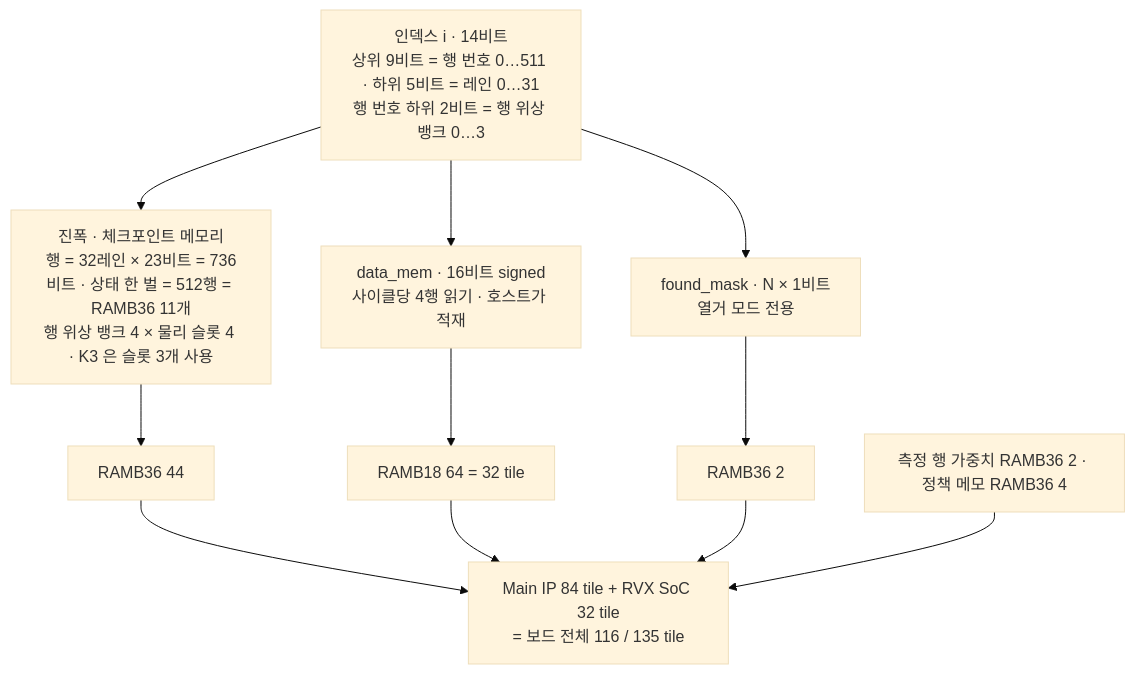
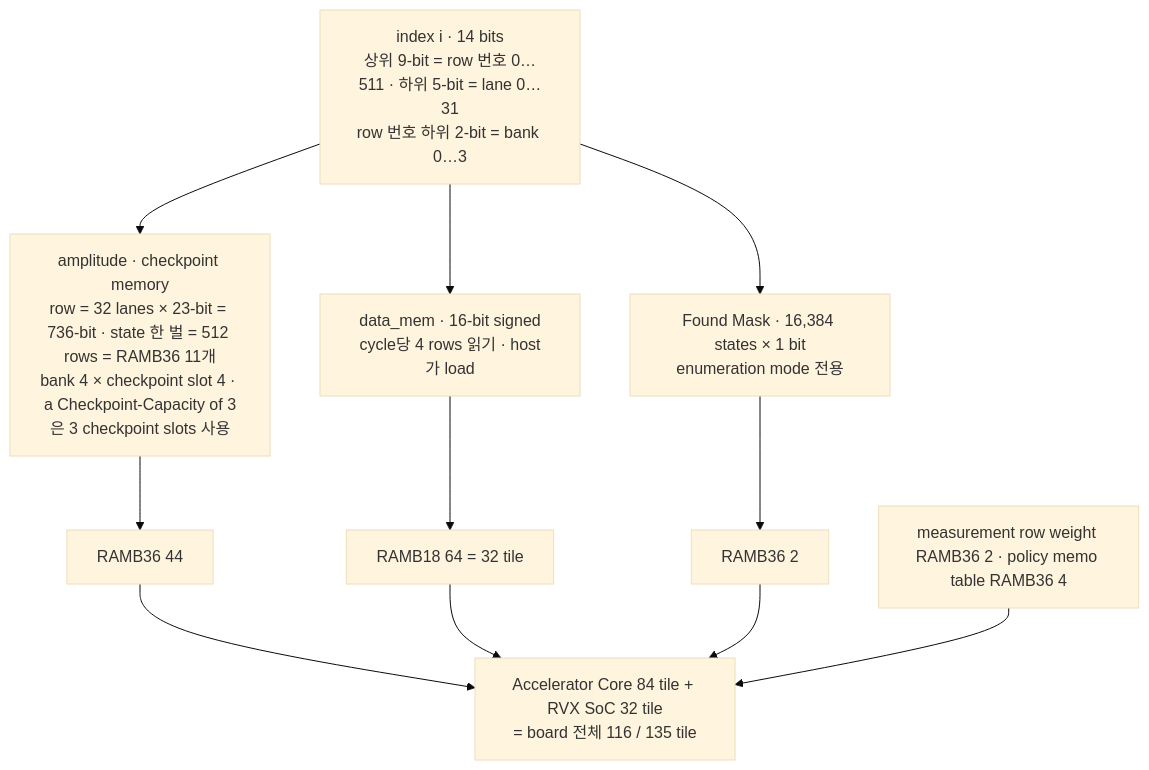
Before and after one commit to Git-Junsang/Quantum-Grover: the diagram in documents/study_references/diagrams/src/11_memory_map.mmd, drawn with Mermaid (base theme). The commit also changed 3854 other files, not shown here.

First line of the commit message:
진행 상태 저장: policy 최적화와 parameterized Main IP 연결

```diff
--- a/documents/study_references/diagrams/src/11_memory_map.mmd
+++ b/documents/study_references/diagrams/src/11_memory_map.mmd
@@ -1,16 +1,16 @@
 flowchart TD
-    IDX["인덱스 i · 14비트<br/>상위 9비트 = 행 번호 0…511 · 하위 5비트 = 레인 0…31<br/>행 번호 하위 2비트 = 행 위상 뱅크 0…3"]
-    AMP["진폭 · 체크포인트 메모리<br/>행 = 32레인 × 23비트 = 736비트 · 상태 한 벌 = 512행 = RAMB36 11개<br/>행 위상 뱅크 4 × 물리 슬롯 4 · K3 은 슬롯 3개 사용"]
-    DAT["data_mem · 16비트 signed<br/>사이클당 4행 읽기 · 호스트가 적재"]
-    MSK["found_mask · N × 1비트<br/>열거 모드 전용"]
+    IDX["index i · 14 bits<br/>상위 9-bit = row 번호 0…511 · 하위 5-bit = lane 0…31<br/>row 번호 하위 2-bit = bank 0…3"]
+    AMP["amplitude · checkpoint memory<br/>row = 32 lanes × 23-bit = 736-bit · state 한 벌 = 512 rows = RAMB36 11개<br/>bank 4 × checkpoint slot 4 · a Checkpoint-Capacity of 3은 3 checkpoint slots 사용"]
+    DAT["data_mem · 16-bit signed<br/>cycle당 4 rows 읽기 · host가 load"]
+    MSK["Found Mask · 16,384 states × 1 bit<br/>enumeration mode 전용"]
     IDX --> AMP
     IDX --> DAT
     IDX --> MSK
     AMP --> A2["RAMB36 44"]
     DAT --> D2["RAMB18 64 = 32 tile"]
     MSK --> M2["RAMB36 2"]
-    ETC["측정 행 가중치 RAMB36 2 · 정책 메모 RAMB36 4"]
-    A2 --> TOT["Main IP 84 tile + RVX SoC 32 tile<br/>= 보드 전체 116 / 135 tile"]
+    ETC["measurement row weight RAMB36 2 · policy memo table RAMB36 4"]
+    A2 --> TOT["Accelerator Core 84 tile + RVX SoC 32 tile<br/>= board 전체 116 / 135 tile"]
     D2 --> TOT
     M2 --> TOT
     ETC --> TOT
```
